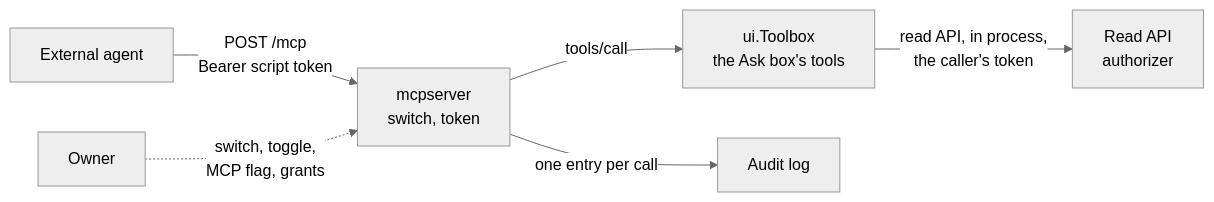
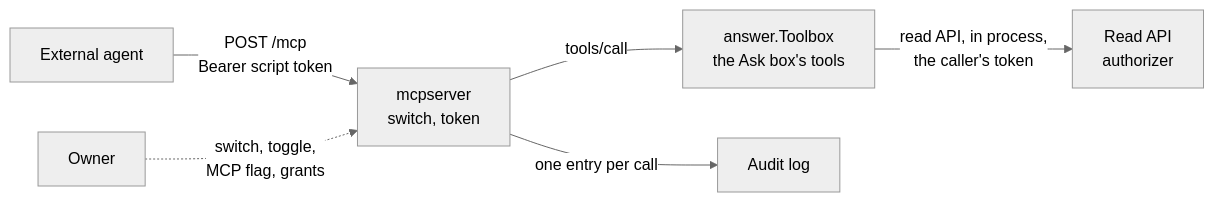
The diagram in docs/concepts/mcp.md (arkadiuss/openfief), drawn with Mermaid (neutral theme) before and after one commit. The commit also changed other lines of this file and 128 other files, not shown here.

First line of the commit message:
refactor(views): the Ask box's answerers move to views/app/answer, the core no longer imports the UI

````diff
--- a/docs/concepts/mcp.md
+++ b/docs/concepts/mcp.md
@@ -13,8 +13,8 @@
 ```mermaid
 flowchart LR
   agent["External agent"] -- "POST /mcp<br/>Bearer script token" --> door["mcpserver<br/>switch, token"]
-  door -- "tools/call" --> box["ui.Toolbox<br/>the Ask box's tools"]
+  door -- "tools/call" --> box["answer.Toolbox<br/>the Ask box's tools"]
   box -- "read API, in process,<br/>the caller's token" --> read["Read API<br/>authorizer"]
   door -- "one entry per call" --> audit["Audit log"]
   owner["Owner"] -. "switch, toggle,<br/>MCP flag, grants" .-> door
 ```
````
